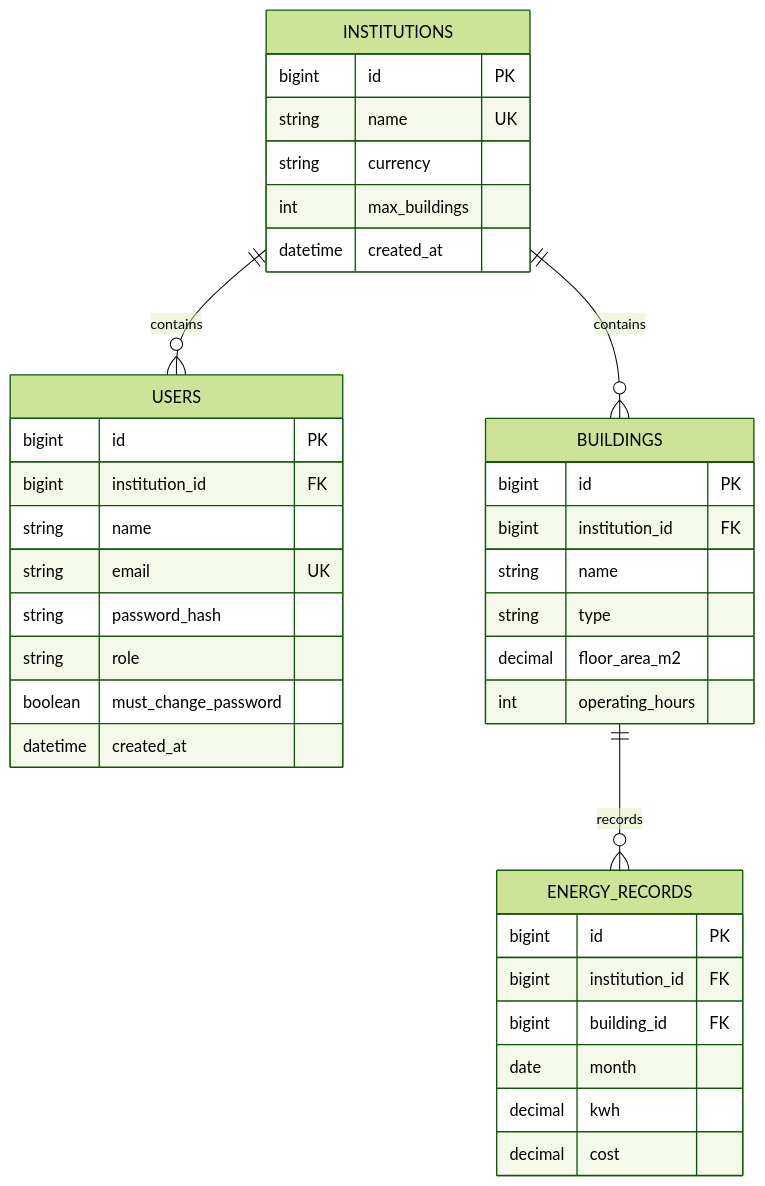
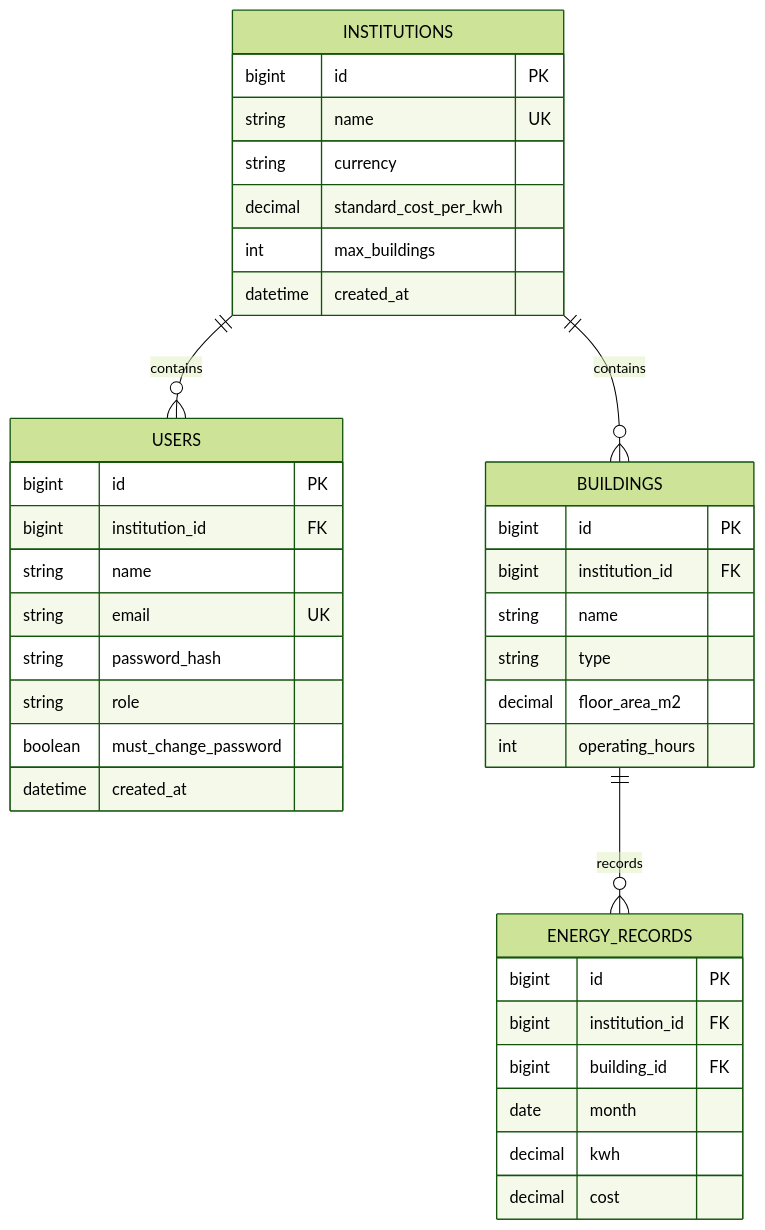
The fifth of 9 diagrams in docs/architecture.md (Briankimany/Energy-Audit-App), drawn with Mermaid (forest theme) before and after one commit. The commit also changed other lines of this file and 18 other files, not shown here.

Commit message:
add standard energy cost conversion and demo-ready UI

````diff
--- a/docs/architecture.md
+++ b/docs/architecture.md
@@ -155,43 +157,44 @@
 ```mermaid
 erDiagram
     INSTITUTIONS ||--o{ USERS : contains
     INSTITUTIONS ||--o{ BUILDINGS : contains
     BUILDINGS ||--o{ ENERGY_RECORDS : records
 
     INSTITUTIONS {
         bigint id PK
         string name UK
         string currency
+        decimal standard_cost_per_kwh
         int max_buildings
         datetime created_at
     }
 
     USERS {
         bigint id PK
         bigint institution_id FK
         string name
         string email UK
         string password_hash
         string role
         boolean must_change_password
         datetime created_at
     }
 
     BUILDINGS {
         bigint id PK
         bigint institution_id FK
         string name
         string type
         decimal floor_area_m2
         int operating_hours
     }
 
     ENERGY_RECORDS {
         bigint id PK
         bigint institution_id FK
         bigint building_id FK
         date month
         decimal kwh
         decimal cost
     }
 ```
````
